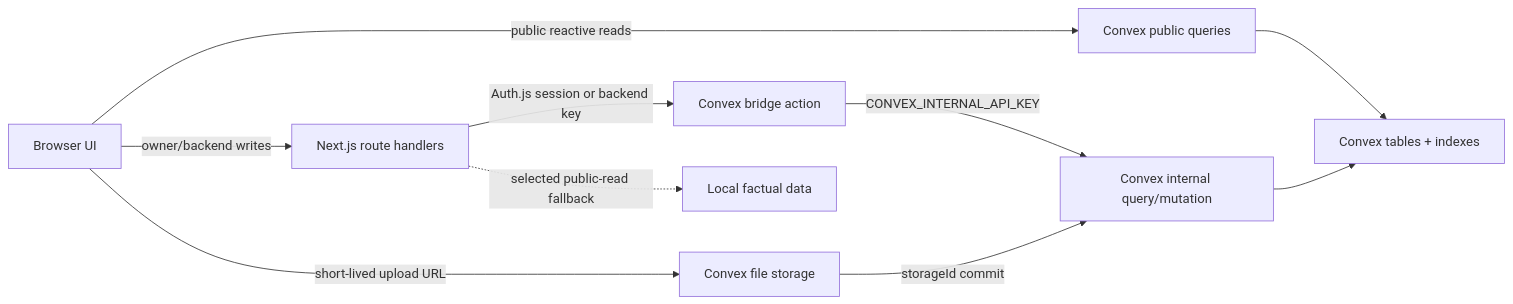
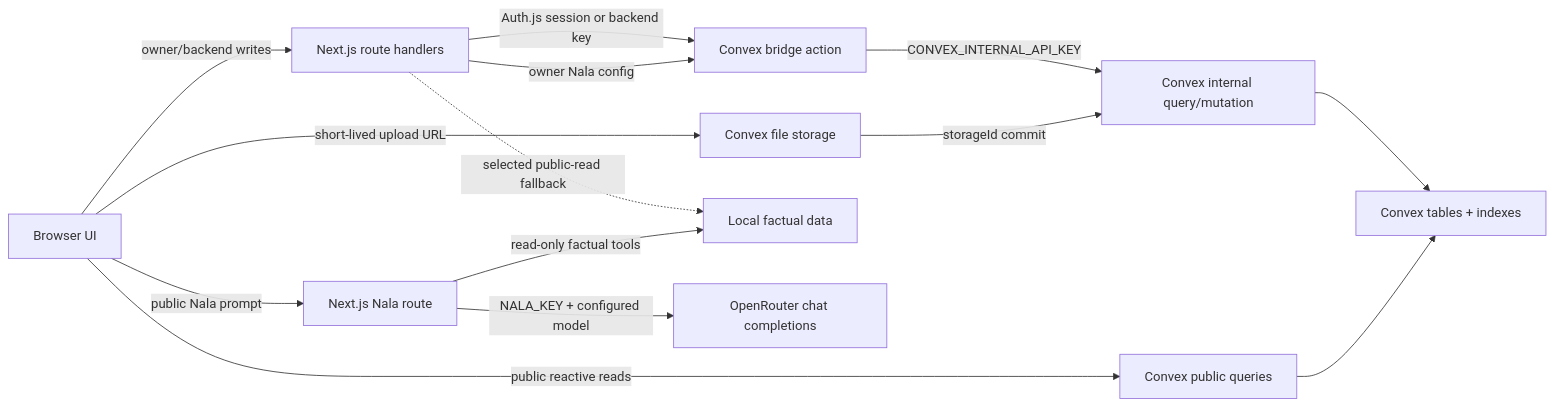
One commit to yotadaa/star changed the second of 2 diagrams in DESIGN.md. Above: the diagram before and after it, drawn with Mermaid. The commit also changed other lines of this file and 6 other files, not shown here.

Commit message:
Document chat Nala management and SEO architecture

````diff
--- a/DESIGN.md
+++ b/DESIGN.md
@@ -649,12 +773,16 @@
 ```mermaid
 flowchart LR
   UI["Browser UI"] -->|"public reactive reads"| CQ["Convex public queries"]
   UI -->|"owner/backend writes"| NR["Next.js route handlers"]
   NR -->|"Auth.js session or backend key"| AB["Convex bridge action"]
   AB -->|"CONVEX_INTERNAL_API_KEY"| IF["Convex internal query/mutation"]
   IF --> DB["Convex tables + indexes"]
   UI -->|"short-lived upload URL"| FS["Convex file storage"]
   FS -->|"storageId commit"| IF
   CQ --> DB
   NR -.->|"selected public-read fallback"| LD["Local factual data"]
+  UI -->|"public Nala prompt"| NA["Next.js Nala route"]
+  NA -->|"read-only factual tools"| LD
+  NA -->|"NALA_KEY + configured model"| OR["OpenRouter chat completions"]
+  NR -->|"owner Nala config"| AB
 ```
````
